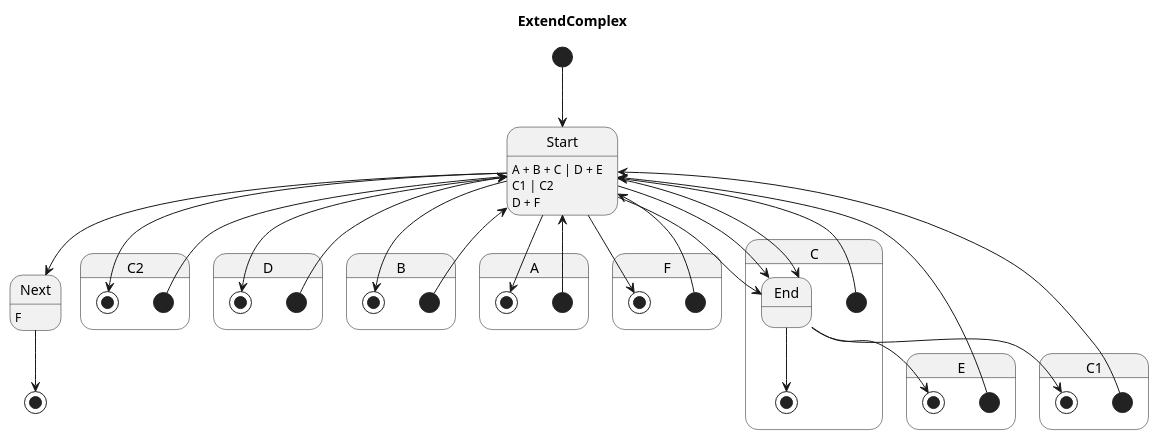
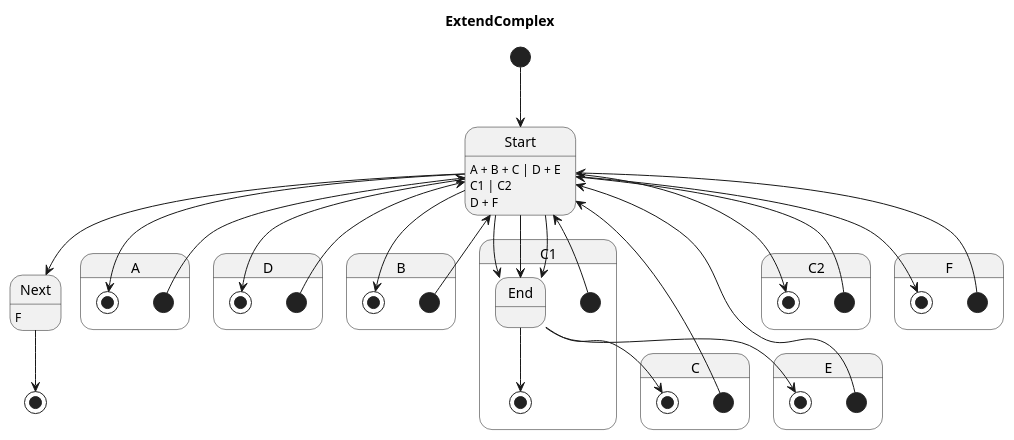
Before and after one commit to Pastor/Takt: the diagram in examples/generated/plantuml/extend_complex.puml, drawn with PlantUML. The commit also changed other lines of this file and 8 other files, not shown here.

```diff
--- a/examples/generated/plantuml/extend_complex.puml
+++ b/examples/generated/plantuml/extend_complex.puml
@@ -1,55 +1,55 @@
 @startuml
 title ExtendComplex
 
 [*] --> Start
 Next : F
 Next --> [*]
 Start : A + B + C | D + E
 Start --> Next
 
-state C2 {
+state A {
     [*] --> Start
     Start --> [*]
 }
 
 state D {
     [*] --> Start
     Start --> [*]
 }
 
 state B {
     [*] --> Start
     Start --> [*]
 }
 
-state A {
+state C1 {
     [*] --> Start
-    Start --> [*]
+    Start --> End
+    End --> [*]
 }
 
-state F {
+state C2 {
     [*] --> Start
     Start --> [*]
 }
 
 state C {
     [*] --> Start
     End --> [*]
     Start : C1 | C2
     Start --> End
 }
 
 state E {
     [*] --> Start
     End --> [*]
     Start : D + F
     Start --> End
 }
 
-state C1 {
+state F {
     [*] --> Start
-    End --> [*]
-    Start --> End
+    Start --> [*]
 }
 
 @enduml
```
